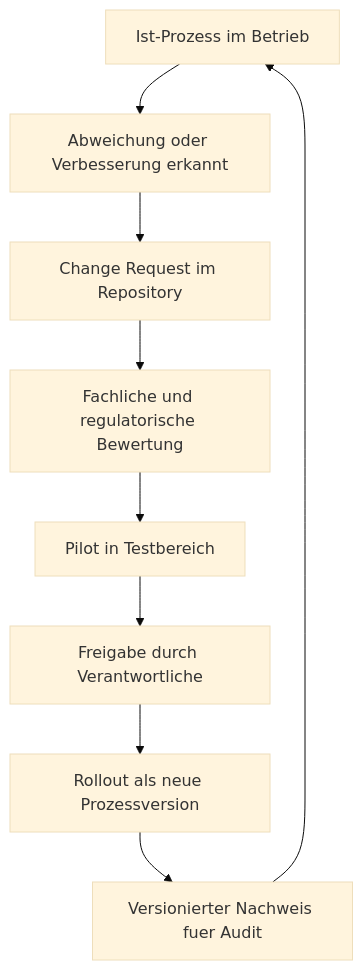
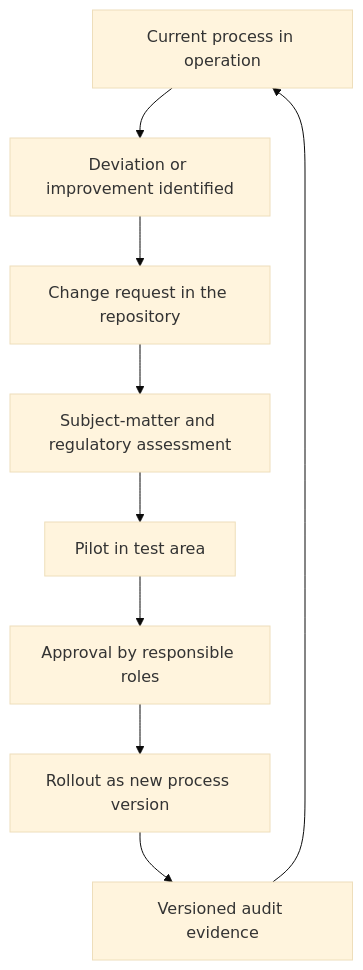
The diagram in docs/en/fachanwender-guide.md (notariat8/NaC), drawn with Mermaid (base theme) before and after one commit. The commit also changed other lines of this file and 67 other files, not shown here.

````diff
--- a/docs/en/fachanwender-guide.md
+++ b/docs/en/fachanwender-guide.md
@@ -110,11 +119,11 @@
 ```mermaid
 flowchart TD
-    IstProzess["Ist-Prozess im Betrieb"] --> Beobachtung["Abweichung oder Verbesserung erkannt"]
-    Beobachtung --> ChangeRequest["Change Request im Repository"]
-    ChangeRequest --> Bewertung["Fachliche und regulatorische Bewertung"]
-    Bewertung --> Pilot["Pilot in Testbereich"]
-    Pilot --> Freigabe["Freigabe durch Verantwortliche"]
-    Freigabe --> Rollout["Rollout als neue Prozessversion"]
-    Rollout --> Nachweis["Versionierter Nachweis fuer Audit"]
-    Nachweis --> IstProzess
+    CurrentProcess["Current process in operation"] --> Observation["Deviation or improvement identified"]
+    Observation --> ChangeRequest["Change request in the repository"]
+    ChangeRequest --> Assessment["Subject-matter and regulatory assessment"]
+    Assessment --> Pilot["Pilot in test area"]
+    Pilot --> Approval["Approval by responsible roles"]
+    Approval --> Rollout["Rollout as new process version"]
+    Rollout --> Evidence["Versioned audit evidence"]
+    Evidence --> CurrentProcess
 ```
````
